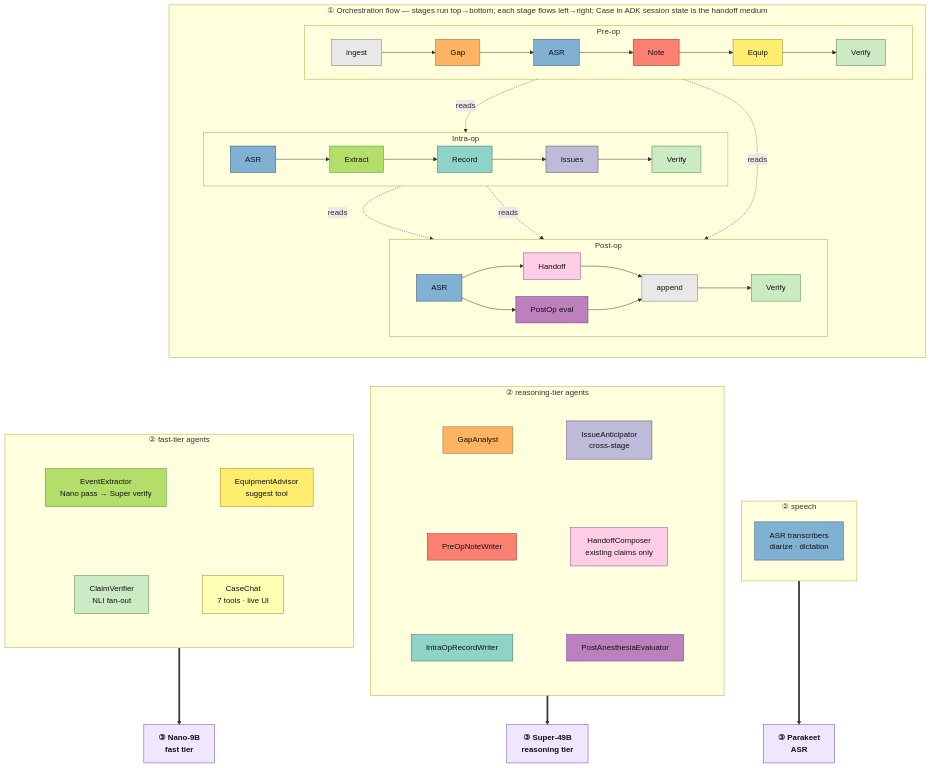
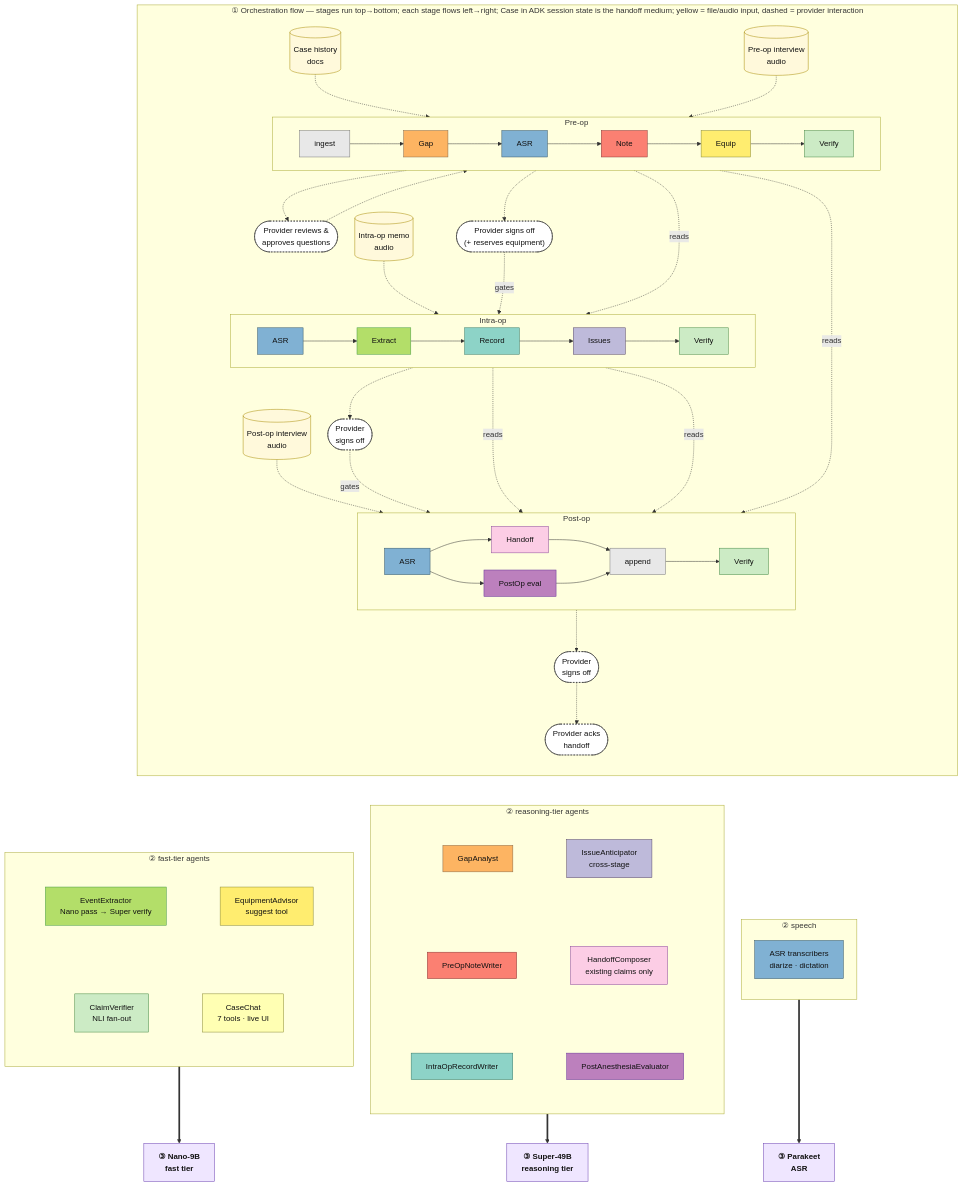
The fourth of 4 diagrams in docs/architecture.md (tijoseymathew/periop-companion), drawn with Mermaid before and after one commit. The commit also changed other lines of this file, not shown here.

Commit message:
docs: architecture agent flows with file/user interactions

```diff
--- a/docs/architecture.md
+++ b/docs/architecture.md
@@ -256,17 +257,36 @@
     classDef cPae fill:#bc80bd,stroke:#639,color:#111
     classDef cVer fill:#ccebc5,stroke:#484,color:#111
     classDef cChat fill:#ffffb3,stroke:#883,color:#111
+    classDef input fill:#fff9db,stroke:#a68b00,color:#111
+    classDef user fill:#ffffff,stroke:#333,color:#111,stroke-dasharray: 3 3
 
-    subgraph FLOW["① Orchestration flow — stages run top→bottom; each stage flows left→right; Case in ADK session state is the handoff medium"]
+    subgraph FLOW["① Orchestration flow — stages run top→bottom; each stage flows left→right; Case in ADK session state is the handoff medium; yellow = file/audio input, dashed = provider interaction"]
         direction TB
+
+        hist[("Case history<br/>docs")]:::input
+        audPre[("Pre-op interview<br/>audio")]:::input
+        qGate(["Provider reviews &amp;<br/>approves questions"]):::user
         subgraph FPRE["Pre-op"]
             direction LR
             p0["ingest"]:::det --> p1["Gap"]:::cGap --> p2["ASR"]:::cAsr --> p3["Note"]:::cNote --> p4["Equip"]:::cEquip --> p5["Verify"]:::cVer
         end
+        hist -.-> p0
+        p1 -.-> qGate -.-> p2
+        audPre -.-> p2
+        signPre(["Provider signs off<br/>(+ reserves equipment)"]):::user
+        p5 -.-> signPre
+
+        audIntra[("Intra-op memo<br/>audio")]:::input
         subgraph FINT["Intra-op"]
             direction LR
             i0["ASR"]:::cAsr --> i1["Extract"]:::cExt --> i2["Record"]:::cRec --> i3["Issues"]:::cIss --> i4["Verify"]:::cVer
         end
+        audIntra -.-> i0
+        signPre -.->|gates| i0
+        signIntra(["Provider<br/>signs off"]):::user
+        i4 -.-> signIntra
+
+        audPost[("Post-op interview<br/>audio")]:::input
         subgraph FPOST["Post-op"]
             direction LR
             o0["ASR"]:::cAsr --> o1["Handoff"]:::cHand
@@ -275,6 +295,12 @@
             o2 --> o3
             o3 --> o4["Verify"]:::cVer
         end
+        audPost -.-> o0
+        signIntra -.->|gates| o0
+        signPost(["Provider<br/>signs off"]):::user
+        ack(["Provider acks<br/>handoff"]):::user
+        o4 -.-> signPost -.-> ack
+
         p3 -.->|reads| i3
         i3 -.->|reads| o1
         p3 -.->|reads| o1
```
